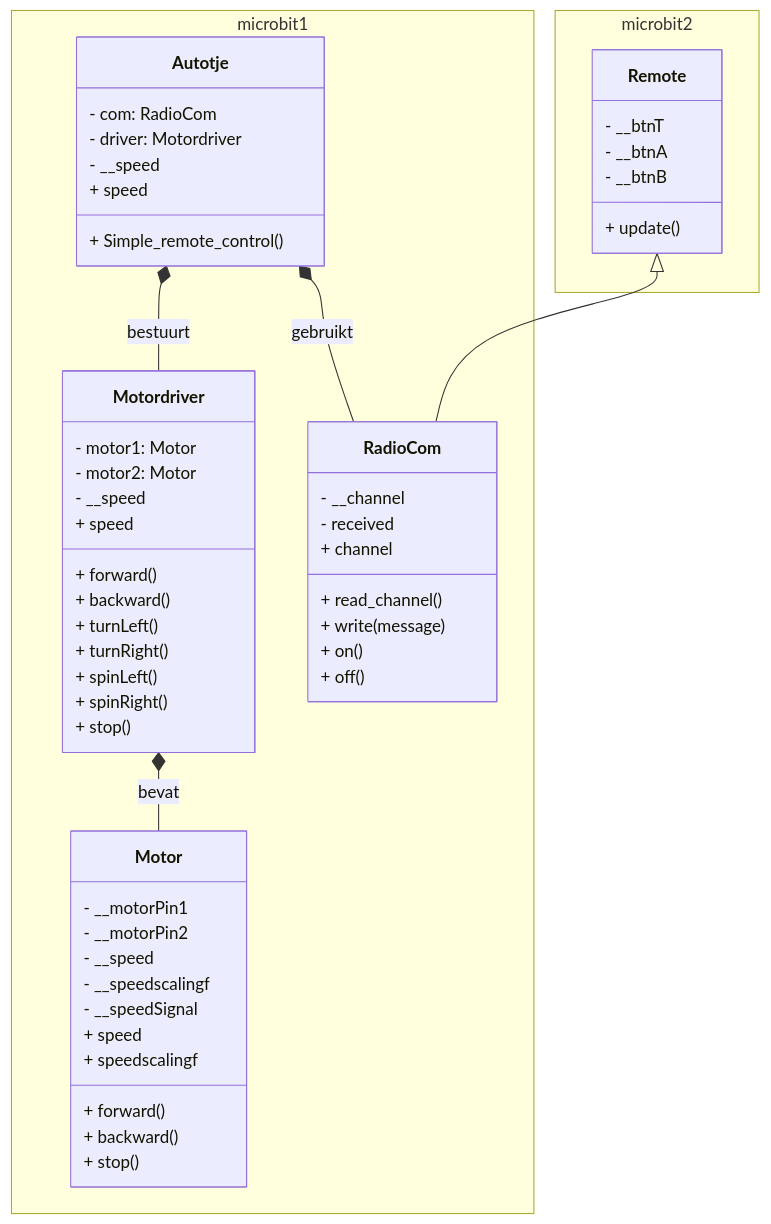
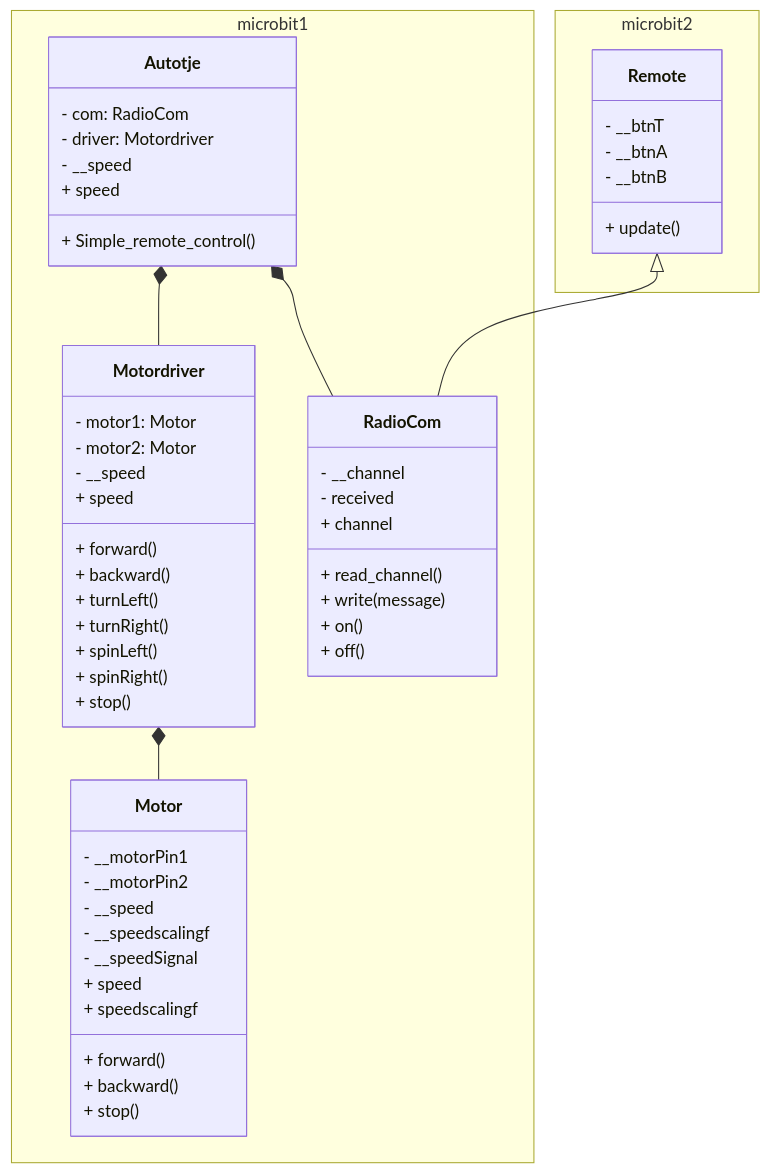
One commit to jensthebrogrammer/project_autotje changed the diagram in newUML.md. Above: the diagram before and after it, drawn with Mermaid.

````diff
--- a/newUML.md
+++ b/newUML.md
@@ -1,66 +1,66 @@
 ```mermaid
 classDiagram
     namespace microbit1 {
         class Autotje {
             - com: RadioCom
             - driver: Motordriver
             - __speed
             + speed
             + Simple_remote_control()
         }
 
         class Motor {
             - __motorPin1
             - __motorPin2
             - __speed
             - __speedscalingf
             - __speedSignal
             + forward()
             + backward()
             + stop()
             + speed
             + speedscalingf
         }
         
         class Motordriver {
             - motor1: Motor
             - motor2: Motor
             - __speed
             + speed
             + forward()
             + backward()
             + turnLeft()
             + turnRight()
             + spinLeft()
             + spinRight()
             + stop()
         }
 
         class RadioCom {
             - __channel
             - received
             + read_channel()
             + channel
             + write(message)
             + on()
             + off()
         }
     }
 
     namespace microbit2 {
         class Remote {
             - __btnT
             - __btnA
             - __btnB
             + update()
         }
     }
 
-    Autotje *-- RadioCom : gebruikt
-    Autotje *-- Motordriver : bestuurt
-    Motordriver *-- Motor : bevat
+    Autotje *-- RadioCom 
+    Autotje *-- Motordriver 
+    Motordriver *-- Motor 
     Remote <|-- RadioCom
 
 
 
  ```
````
